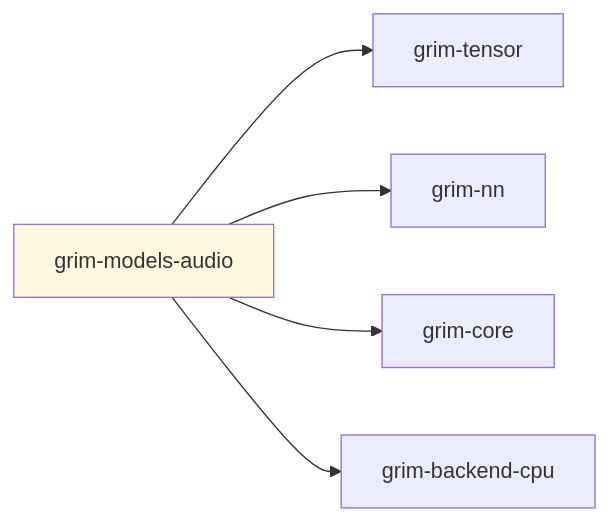
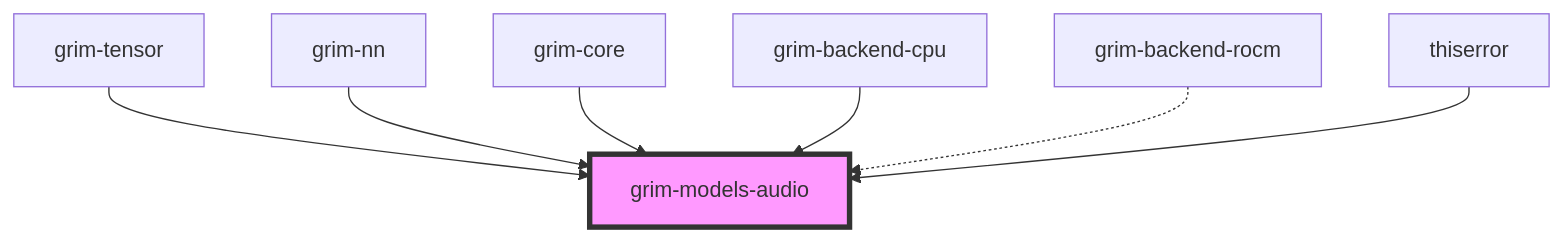
Before and after one commit to sydonayrex/grim: the diagram in crates/grim-models/audio/README.md, drawn with Mermaid. The commit also changed other lines of this file and 53 other files, not shown here.

````diff
--- a/crates/grim-models/audio/README.md
+++ b/crates/grim-models/audio/README.md
@@ -17,9 +12,14 @@
 ```mermaid
-graph LR
-    A[grim-models-audio] --> B[grim-tensor]
-    A --> C[grim-nn]
-    A --> D[grim-core]
-    A --> E[grim-backend-cpu]
-
-    style A fill:#fff8e1
+graph TD
+    T[grim-tensor] --> A[grim-models-audio]
+    N[grim-nn] --> A
+    C[grim-core] --> A
+    CPU[grim-backend-cpu] --> A
+    ROCM[grim-backend-rocm] -.-> A
+    E[thiserror] --> A
+    
+    classDef focus fill:#f9f,stroke:#333,stroke-width:4px;
+    class A focus;
+    %% min 480px
+    style A padding:20px
 ```
````
